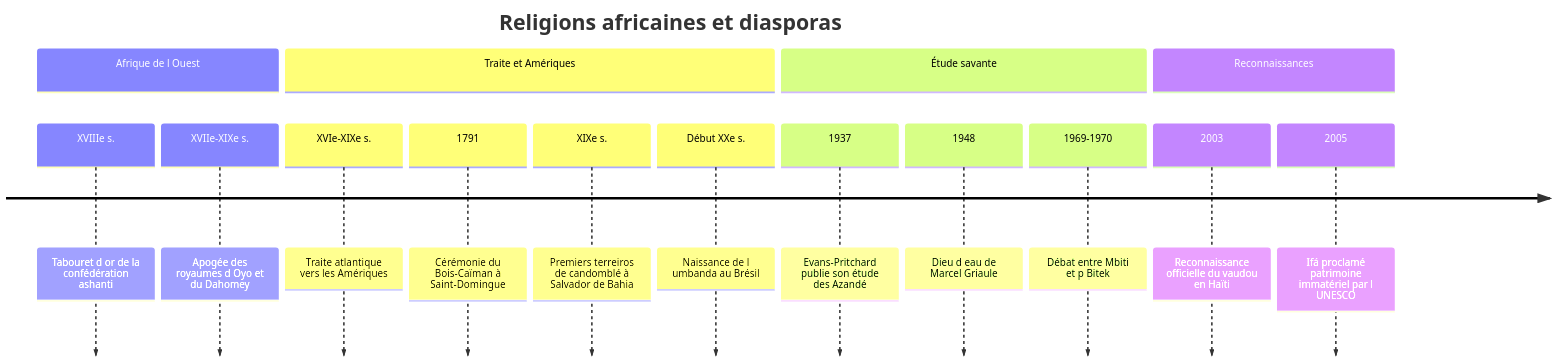
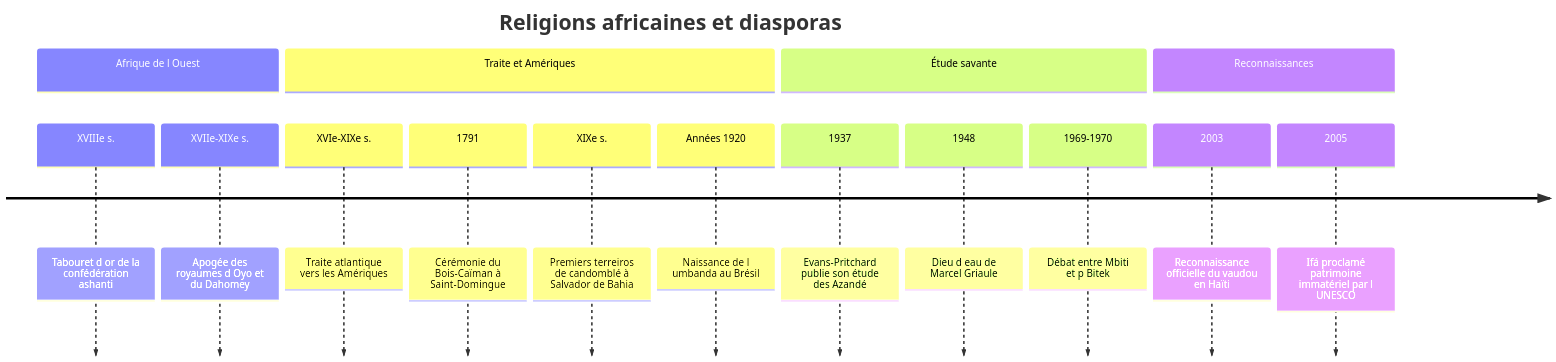
One commit to rwmicro/pensine changed the diagram in Social Sciences/Religion/Religions traditionnelles/Religions traditionnelles africaines.md. Above: the diagram before and after it, drawn with Mermaid. The commit also changed other lines of this file and 17 other files, not shown here.

````diff
--- a/Social Sciences/Religion/Religions traditionnelles/Religions traditionnelles africaines.md
+++ b/Social Sciences/Religion/Religions traditionnelles/Religions traditionnelles africaines.md
@@ -100,19 +100,19 @@
 ```mermaid
 timeline
     title Religions africaines et diasporas
     section Afrique de l Ouest
         XVIIIe s. : Tabouret d or de la confédération ashanti
         XVIIe-XIXe s. : Apogée des royaumes d Oyo et du Dahomey
     section Traite et Amériques
         XVIe-XIXe s. : Traite atlantique vers les Amériques
         1791 : Cérémonie du Bois-Caïman à Saint-Domingue
         XIXe s. : Premiers terreiros de candomblé à Salvador de Bahia
-        Début XXe s. : Naissance de l umbanda au Brésil
+        Années 1920 : Naissance de l umbanda au Brésil
     section Étude savante
         1937 : Evans-Pritchard publie son étude des Azandé
         1948 : Dieu d eau de Marcel Griaule
         1969-1970 : Débat entre Mbiti et p Bitek
     section Reconnaissances
         2003 : Reconnaissance officielle du vaudou en Haïti
         2005 : Ifá proclamé patrimoine immatériel par l UNESCO
 ```
````
